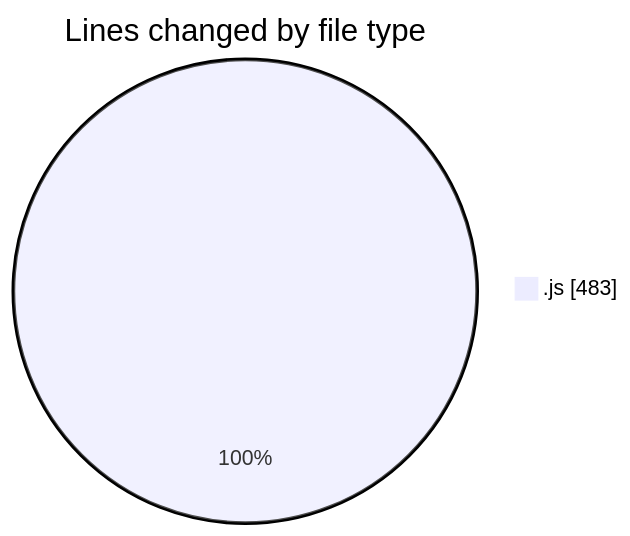
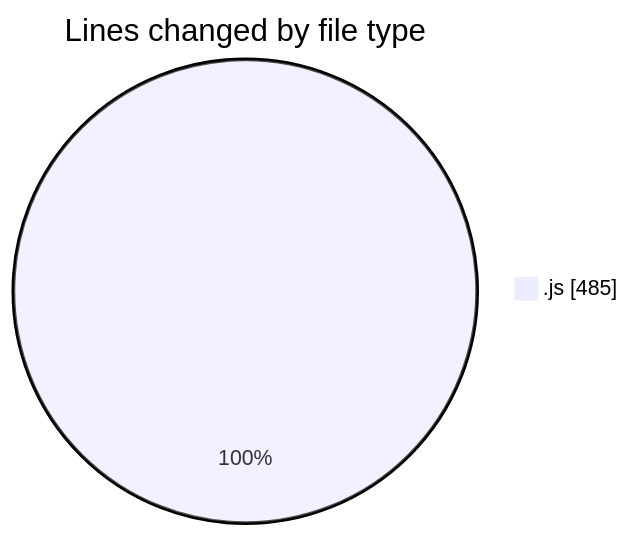
The first of 2 diagrams in 2025-02-03/cda/README.md (momahboobian/code-tracking), drawn with Mermaid before and after one commit. The commit also changed other lines of this file and 1 other file, not shown here.

````diff
--- a/2025-02-03/cda/README.md
+++ b/2025-02-03/cda/README.md
@@ -23,5 +23,5 @@
 ```mermaid
 pie showData
 title Lines changed by file type
-".js" : 483
+".js" : 485
 ```
````
